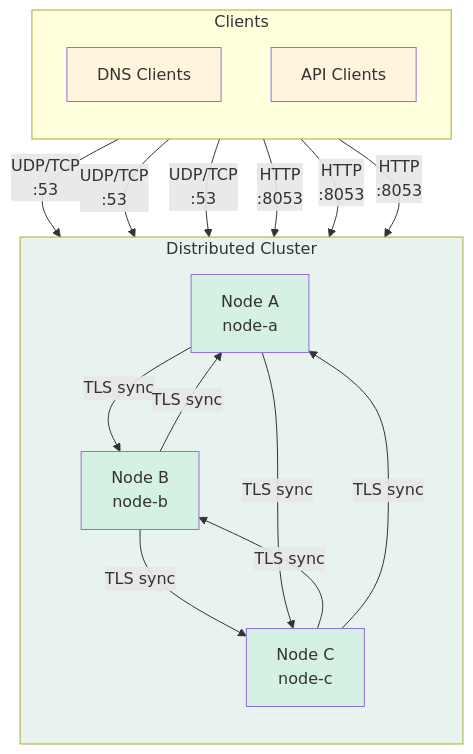
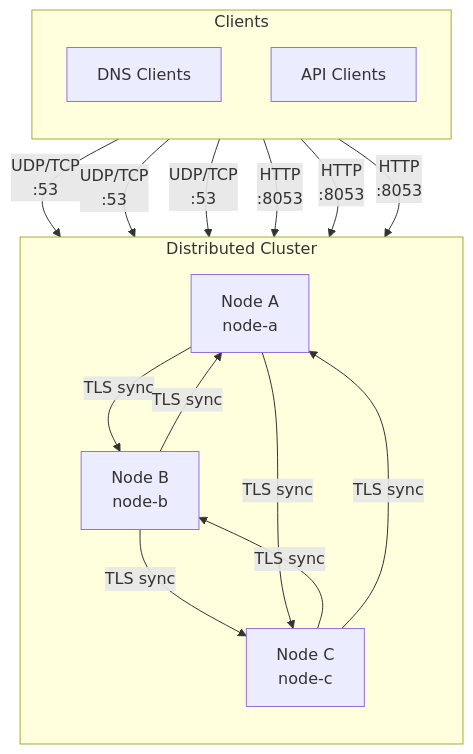
The first of 8 diagrams in docs/concepts/distributed-mode.md (TenforwardAB/go53), drawn with Mermaid before and after one commit. The commit also changed other lines of this file and 3 other files, not shown here.

Commit message:
Updated Mermaidjs diagrams AI-Note: Claude failed on these and they where fixed manually

````diff
--- a/docs/concepts/distributed-mode.md
+++ b/docs/concepts/distributed-mode.md
@@ -52,36 +52,29 @@
 ```mermaid
 graph TB
   subgraph Cluster["Distributed Cluster"]
     direction TB
     NodeA["Node A<br/>node-a"]
     NodeB["Node B<br/>node-b"]
     NodeC["Node C<br/>node-c"]
   end
 
   subgraph Clients["Clients"]
     direction TB
     DNS1["DNS Clients"]
     API1["API Clients"]
   end
 
   NodeA -->|TLS sync| NodeB
   NodeB -->|TLS sync| NodeA
   NodeB -->|TLS sync| NodeC
   NodeC -->|TLS sync| NodeB
   NodeA -->|TLS sync| NodeC
   NodeC -->|TLS sync| NodeA
 
   DNS1 -->|UDP/TCP<br/>:53| NodeA
   DNS1 -->|UDP/TCP<br/>:53| NodeB
   DNS1 -->|UDP/TCP<br/>:53| NodeC
   API1 -->|HTTP<br/>:8053| NodeA
   API1 -->|HTTP<br/>:8053| NodeB
   API1 -->|HTTP<br/>:8053| NodeC
-
-  style Cluster fill:#e8f3ef
-  style DNS1 fill:#fff4dc
-  style API1 fill:#fff4dc
-  style NodeA fill:#d4f1e4
-  style NodeB fill:#d4f1e4
-  style NodeC fill:#d4f1e4
 ```
````
